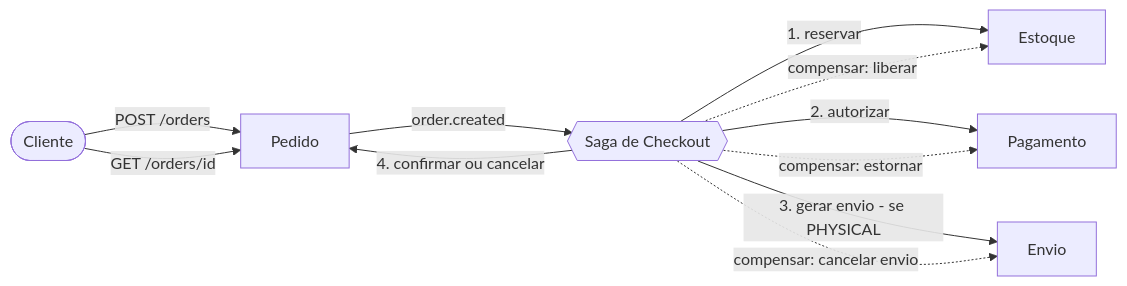
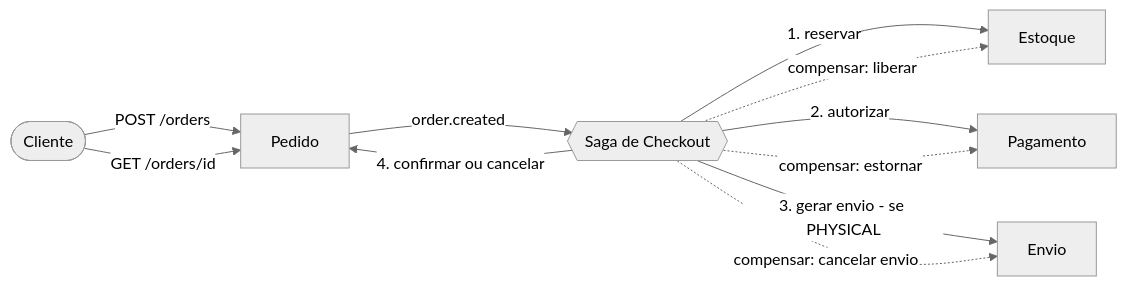
The first of 3 diagrams in docs/architecture/README.md (jcrouzillard/checkout-saga-squad), drawn with Mermaid before and after one commit. The commit also changed other lines of this file and 6 other files, not shown here.

Commit message:
Identidade visual corporativa: Squad Control, Grafana em tema claro e diagramas Mermaid neutros

````diff
--- a/docs/architecture/README.md
+++ b/docs/architecture/README.md
@@ -18,13 +18,14 @@
 ```mermaid
+%%{init: {'theme':'neutral'}}%%
 flowchart LR
     C([Cliente]) -->|POST /orders| PED[Pedido]
     PED -->|order.created| SAGA{{Saga de Checkout}}
     SAGA -->|1. reservar| EST[Estoque]
     SAGA -->|2. autorizar| PAG[Pagamento]
     SAGA -->|3. gerar envio - se PHYSICAL| ENV[Envio]
     SAGA -->|4. confirmar ou cancelar| PED
     SAGA -. compensar: liberar .-> EST
     SAGA -. compensar: estornar .-> PAG
     SAGA -. compensar: cancelar envio .-> ENV
     C -->|GET /orders/id| PED
 ```
````
